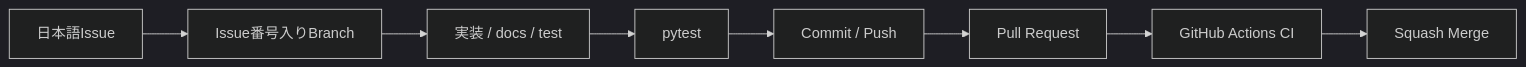
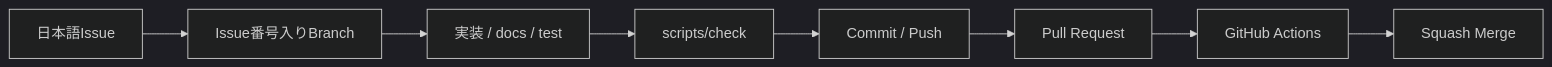
The first of 4 diagrams in docs/DEVELOPMENT.md (k-systems202208/python-sqlite-tailscale-webapp-template), drawn with Mermaid (dark theme) before and after one commit. The commit also changed other lines of this file and 42 other files, not shown here.

````diff
--- a/docs/DEVELOPMENT.md
+++ b/docs/DEVELOPMENT.md
@@ -9,10 +7,10 @@
 ```mermaid
 flowchart LR
     I["日本語Issue"] --> B["Issue番号入りBranch"]
-    B --> C["実装 / docs / test"]
-    C --> T["pytest"]
-    T --> P["Commit / Push"]
+    B --> W["実装 / docs / test"]
+    W --> Q["scripts/check"]
+    Q --> P["Commit / Push"]
     P --> R["Pull Request"]
-    R --> G["GitHub Actions CI"]
-    G --> M["Squash Merge"]
+    R --> C["GitHub Actions"]
+    C --> M["Squash Merge"]
 ```
````
